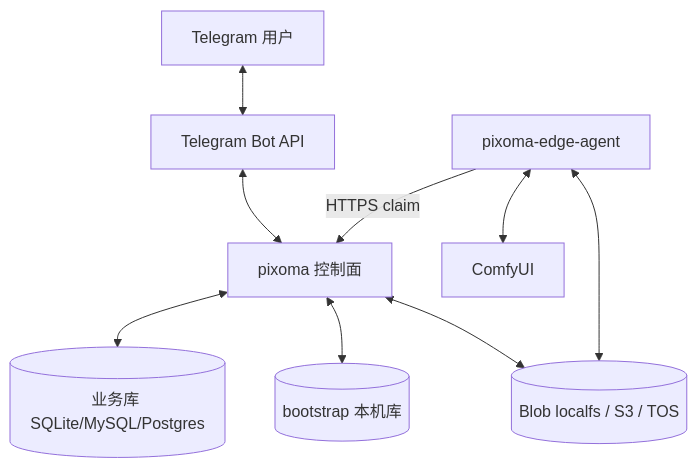
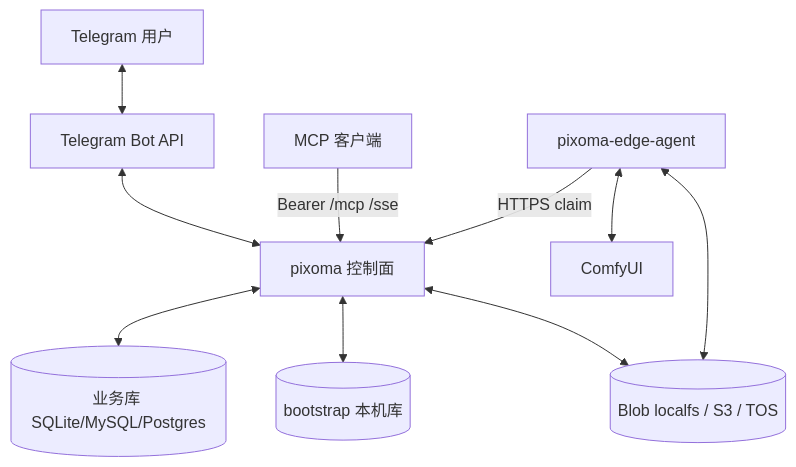
The diagram in docs/architecture/overview.md (Mr9esx/Pixoma), drawn with Mermaid before and after one commit. The commit also changed other lines of this file and 131 other files, not shown here.

````diff
--- a/docs/architecture/overview.md
+++ b/docs/architecture/overview.md
@@ -12,20 +12,22 @@
 ```mermaid
 flowchart TB
   U[Telegram 用户]
+  MCP[MCP 客户端]
   TG[Telegram Bot API]
   CP[pixoma 控制面]
   EDGE[pixoma-edge-agent]
   DB[(业务库 SQLite/MySQL/Postgres)]
   BOOT[(bootstrap 本机库)]
   BLOB[(Blob localfs / S3 / TOS)]
   C1[ComfyUI]
 
   U <--> TG
   TG <--> CP
+  MCP -->|Bearer /mcp /sse| CP
   CP <--> DB
   CP <--> BOOT
   CP <--> BLOB
   EDGE -->|HTTPS claim| CP
   EDGE <--> BLOB
   EDGE <--> C1
 ```
````
